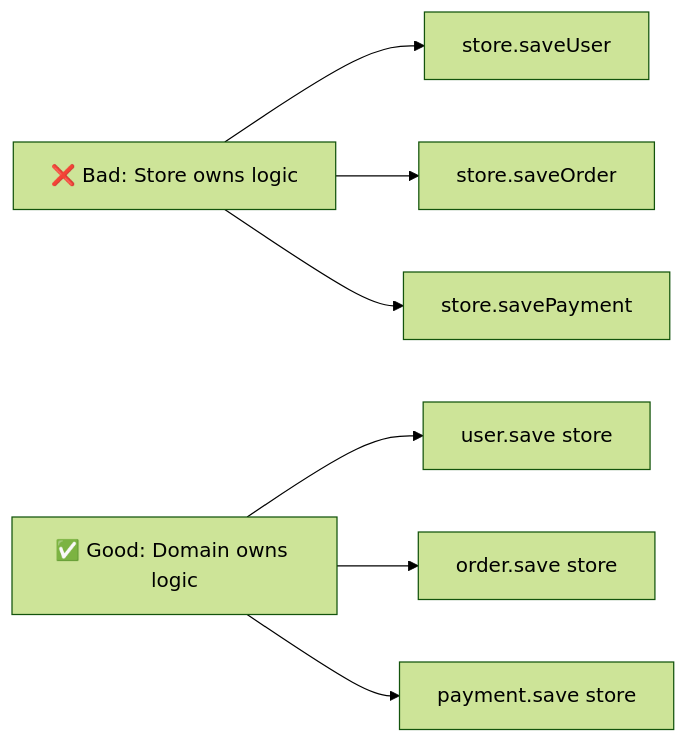
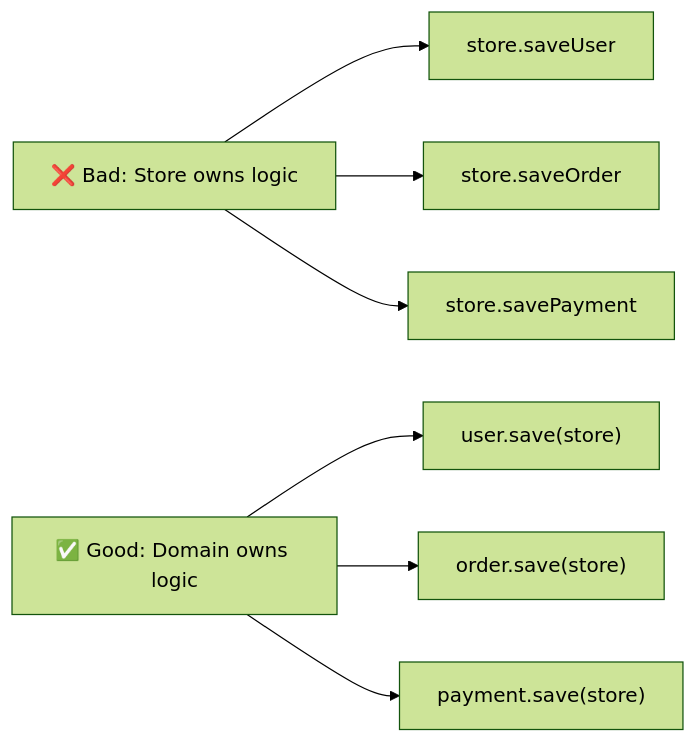
One commit to Almaju/blog changed the fifth of 6 diagrams in content/docs/fundamentals/3-dependencies.mdx. Above: the diagram before and after it, drawn with Mermaid (forest theme). The commit also changed 6 other files, not shown here.

````diff
--- a/content/docs/fundamentals/3-dependencies.mdx
+++ b/content/docs/fundamentals/3-dependencies.mdx
@@ -563,13 +563,13 @@
 ```mermaid
 graph LR
     A[❌ Bad: Store owns logic] --> B[store.saveUser]
     A --> C[store.saveOrder]
     A --> D[store.savePayment]
     
-    E[✅ Good: Domain owns logic] --> F[user.save store]
-    E --> G[order.save store]
-    E --> H[payment.save store]
+    E[✅ Good: Domain owns logic] --> F["user.save(store)"]
+    E --> G["order.save(store)"]
+    E --> H["payment.save(store)"]
     
     style A red
     style E green
 ```
````
